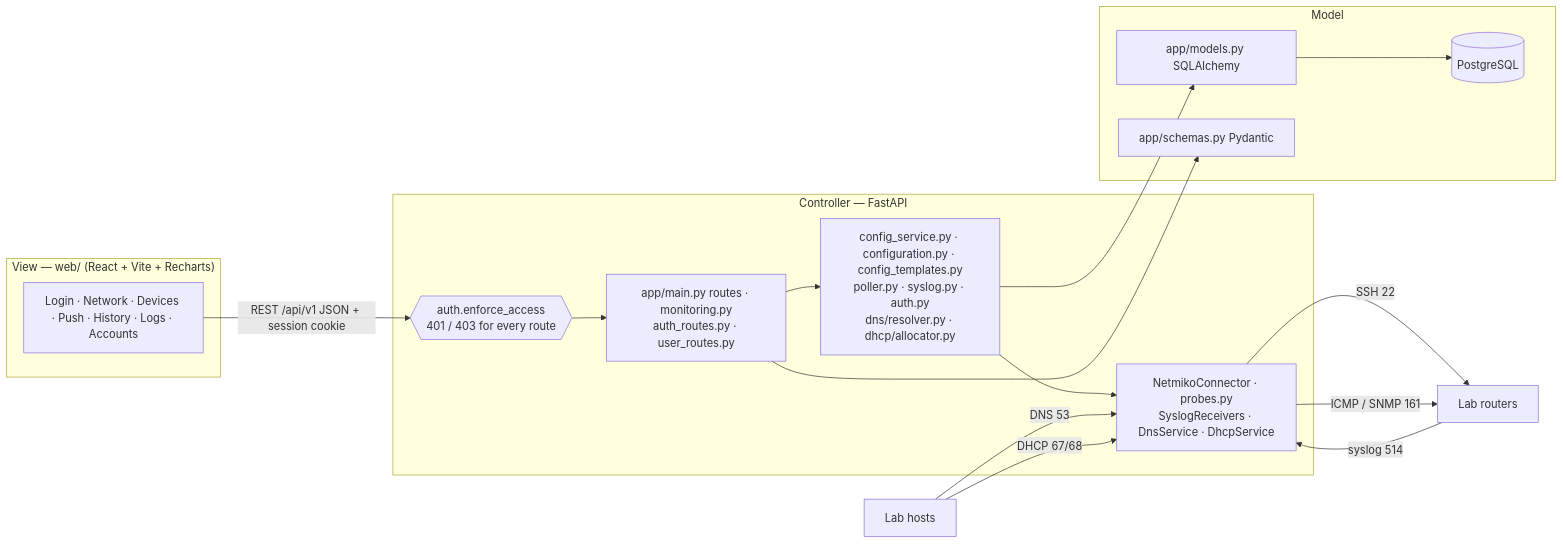
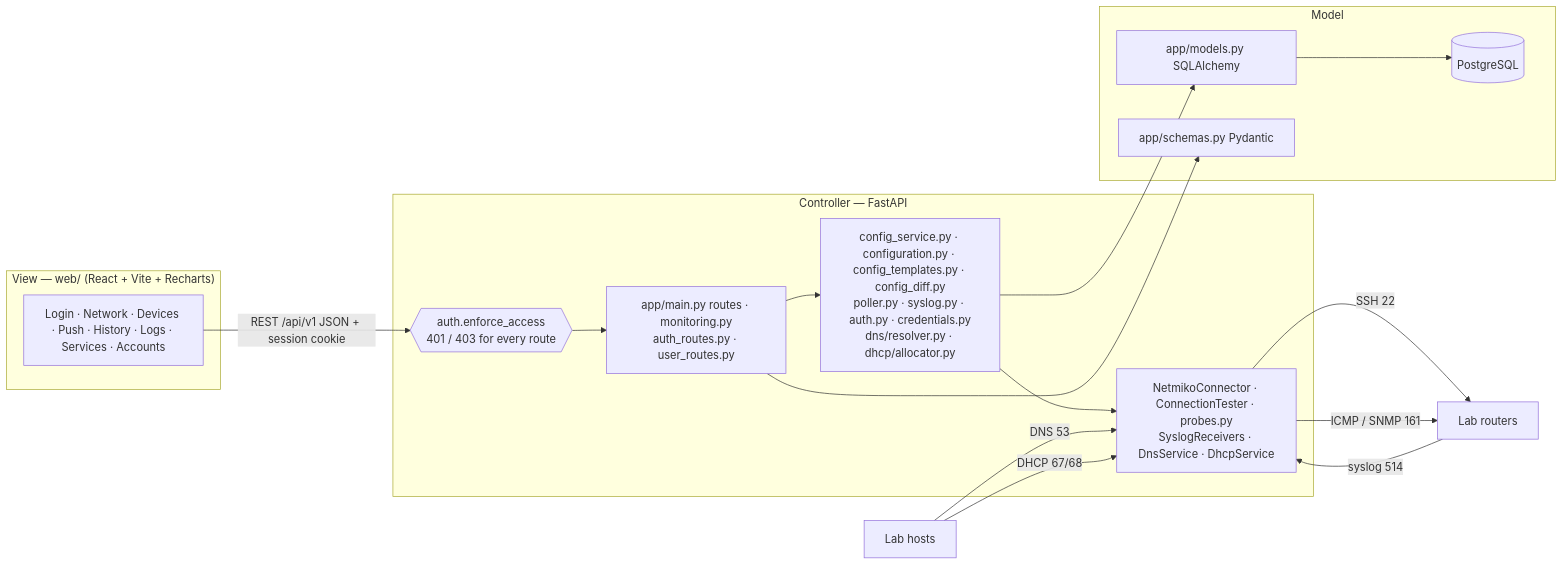
Before and after one commit to SeidaSecurity/CS-4398F26: the diagram in docs/design/architecture.md, drawn with Mermaid. The commit also changed other lines of this file and 9 other files, not shown here.

````diff
--- a/docs/design/architecture.md
+++ b/docs/design/architecture.md
@@ -7,25 +7,25 @@
 ```mermaid
 flowchart LR
     subgraph View["View — web/ (React + Vite + Recharts)"]
-        Pages[Login · Network · Devices · Push · History · Logs · Accounts]
+        Pages[Login · Network · Devices · Push · History · Logs · Services · Accounts]
     end
     subgraph Controller["Controller — FastAPI"]
         Policy{{auth.enforce_access<br/>401 / 403 for every route}}
         Routes[app/main.py routes · monitoring.py<br/>auth_routes.py · user_routes.py]
-        Domain[config_service.py · configuration.py · config_templates.py<br/>poller.py · syslog.py · auth.py<br/>dns/resolver.py · dhcp/allocator.py]
-        Adapters[NetmikoConnector · probes.py<br/>SyslogReceivers · DnsService · DhcpService]
+        Domain[config_service.py · configuration.py · config_templates.py · config_diff.py<br/>poller.py · syslog.py · auth.py · credentials.py<br/>dns/resolver.py · dhcp/allocator.py]
+        Adapters[NetmikoConnector · ConnectionTester · probes.py<br/>SyslogReceivers · DnsService · DhcpService]
     end
     subgraph Model["Model"]
         ORM[app/models.py SQLAlchemy] --> DB[(PostgreSQL)]
         DTO[app/schemas.py Pydantic]
     end
     Pages -- REST /api/v1 JSON + session cookie --> Policy --> Routes
     Routes --> Domain --> ORM
     Routes --> DTO
     Domain --> Adapters
     Adapters -- SSH 22 --> Dev[Lab routers]
     Adapters -- ICMP / SNMP 161 --> Dev
     Dev -- syslog 514 --> Adapters
     Clients[Lab hosts] -- DNS 53 --> Adapters
     Clients -- DHCP 67/68 --> Adapters
 ```
````
